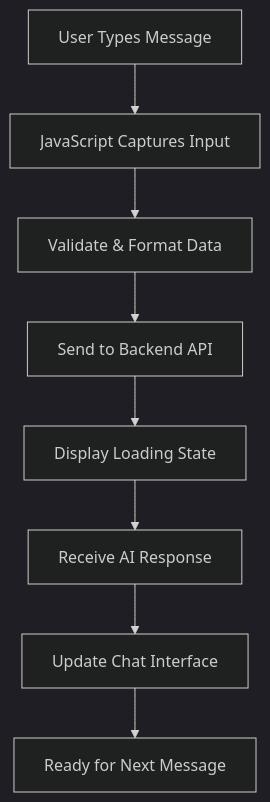
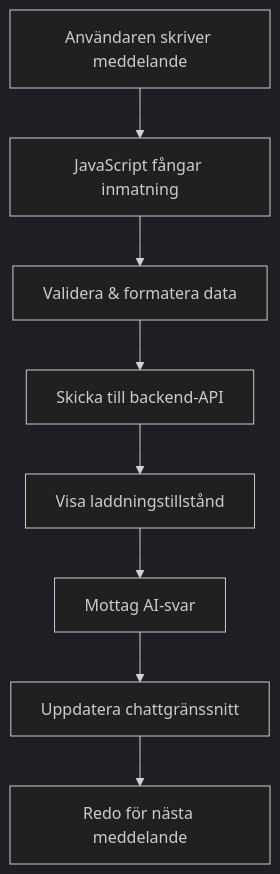
Before and after one commit to microsoft/Web-Dev-For-Beginners: the tenth of 14 diagrams in translations/sv/9-chat-project/README.md, drawn with Mermaid (dark theme). The commit also changed other lines of this file and 99 other files, not shown here.

````diff
--- a/translations/sv/9-chat-project/README.md
+++ b/translations/sv/9-chat-project/README.md
@@ -1143,10 +1305,10 @@
 ```mermaid
 graph TD
-    A[User Types Message] --> B[JavaScript Captures Input]
-    B --> C[Validate & Format Data]
-    C --> D[Send to Backend API]
-    D --> E[Display Loading State]
-    E --> F[Receive AI Response]
-    F --> G[Update Chat Interface]
-    G --> H[Ready for Next Message]
+    A[Användaren skriver meddelande] --> B[JavaScript fångar inmatning]
+    B --> C[Validera & formatera data]
+    C --> D[Skicka till backend-API]
+    D --> E[Visa laddningstillstånd]
+    E --> F[Mottag AI-svar]
+    F --> G[Uppdatera chattgränssnitt]
+    G --> H[Redo för nästa meddelande]
 ```
````
